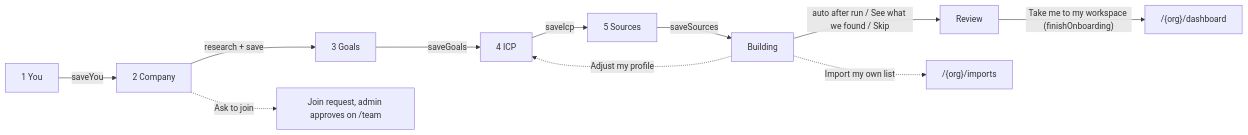
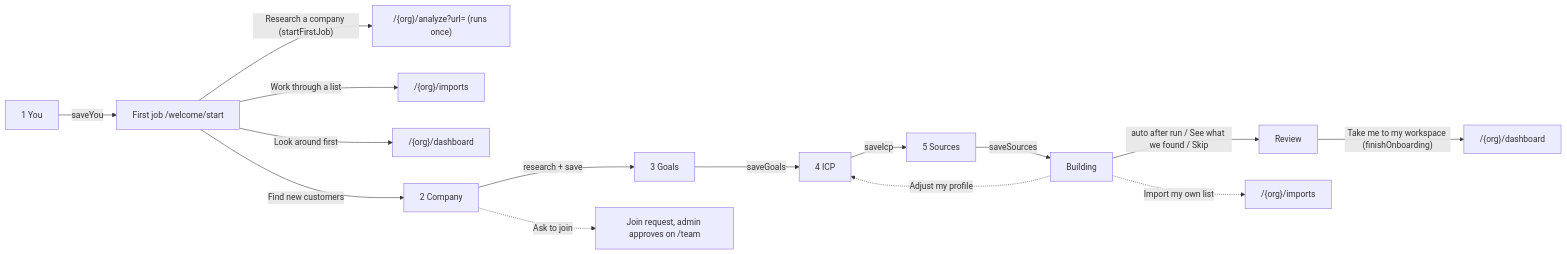
Before and after one commit to arpitcoding007-star/Huntloop: the fourth of 8 diagrams in COMMAND.md, drawn with Mermaid. The commit also changed other lines of this file and 14 other files, not shown here.

First line of the commit message:
feat(onboarding): K1 — start from a task, not from company research

````diff
--- a/COMMAND.md
+++ b/COMMAND.md
@@ -410,13 +412,17 @@
 ```mermaid
 flowchart LR
-  Y["1 You"] -->|"saveYou"| C["2 Company"]
+  Y["1 You"] -->|"saveYou"| F["First job /welcome/start"]
+  F -->|"Research a company (startFirstJob)"| AZ["/{org}/analyze?url= (runs once)"]
+  F -->|"Work through a list"| IM2["/{org}/imports"]
+  F -->|"Look around first"| DB2["/{org}/dashboard"]
+  F -->|"Find new customers"| C["2 Company"]
   C -->|"research + save"| G["3 Goals"]
   G -->|"saveGoals"| I["4 ICP"]
   I -->|"saveIcp"| S["5 Sources"]
   S -->|"saveSources"| B["Building"]
   B -->|"auto after run / See what we found / Skip"| RV["Review"]
   RV -->|"Take me to my workspace (finishOnboarding)"| D["/{org}/dashboard"]
   C -.->|"Ask to join"| J["Join request, admin approves on /team"]
   B -.->|"Adjust my profile"| I
   B -.->|"Import my own list"| IMP["/{org}/imports"]
 ```
````
